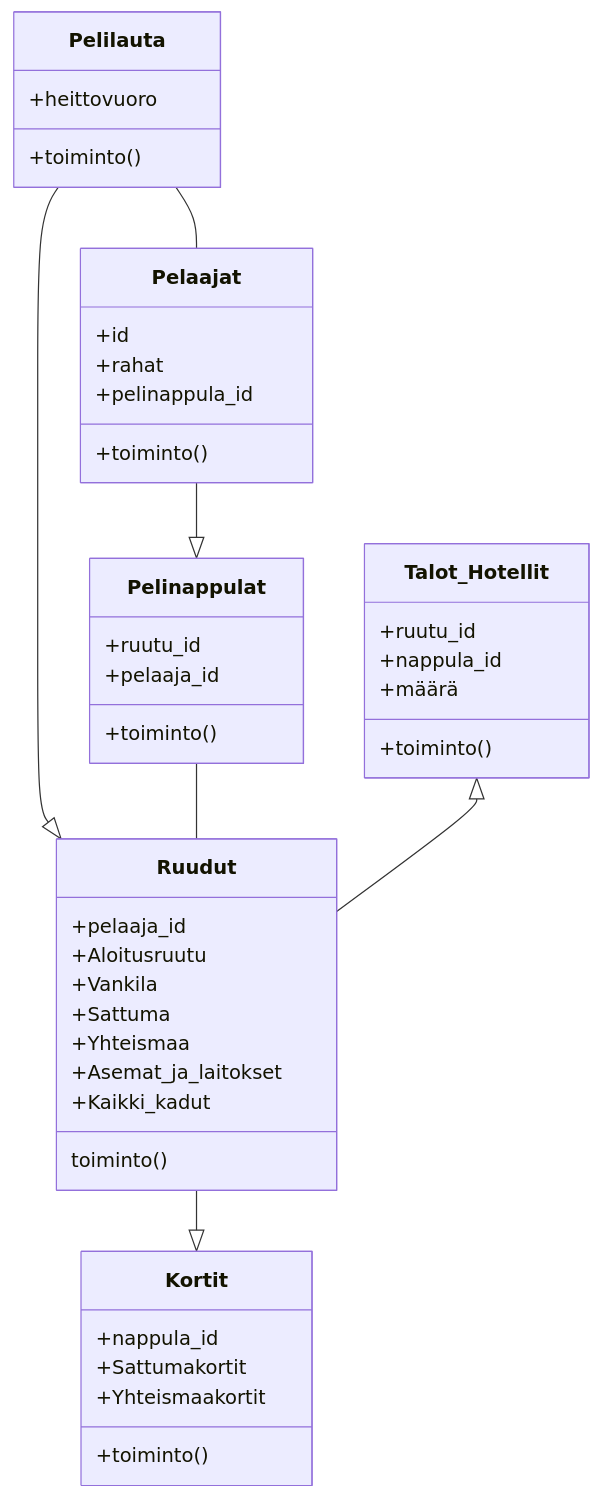
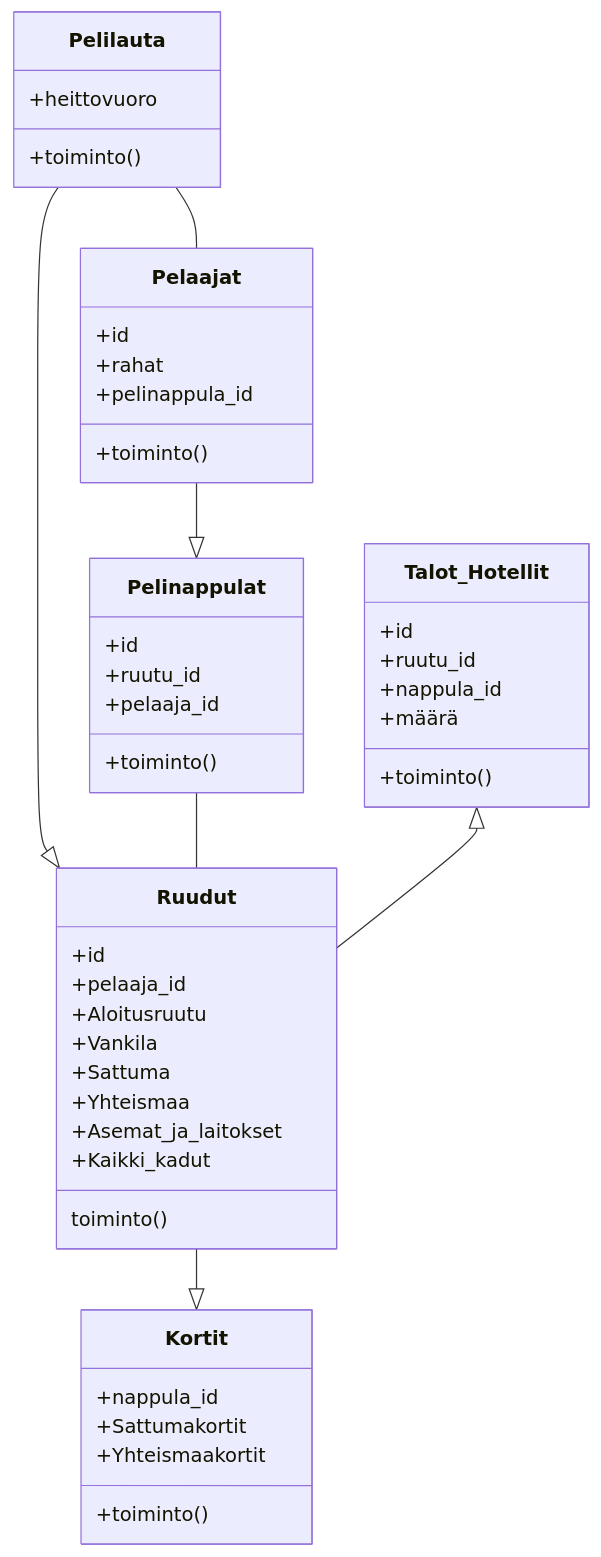
One commit to Mahlamaki/ot-harjoitustyo changed the diagram in laskarit/viikko3/tehtävä2.md. Above: the diagram before and after it, drawn with Mermaid.

````diff
--- a/laskarit/viikko3/tehtävä2.md
+++ b/laskarit/viikko3/tehtävä2.md
@@ -1,45 +1,48 @@
 ```mermaid
 classDiagram
 Pelilauta --|> Ruudut
 Pelilauta -- Pelaajat
 Pelinappulat -- Ruudut
 Pelaajat --|>  Pelinappulat
 Ruudut --|> Kortit
 Talot_Hotellit <|-- Ruudut
 Pelilauta : +heittovuoro
 Pelilauta : +toiminto()
 class Ruudut {
++id
 +pelaaja_id
 +Aloitusruutu
 +Vankila
 +Sattuma
 +Yhteismaa
 +Asemat_ja_laitokset
 +Kaikki_kadut
 toiminto()
 }
 class Kortit {
 +nappula_id
 +Sattumakortit
 +Yhteismaakortit
 +toiminto()
 }
 class Pelinappulat {
++id
 +ruutu_id
 +pelaaja_id
 +toiminto()
 }
 class Pelaajat {
 +id
 +rahat
 +pelinappula_id
 +toiminto()
 }
 class Talot_Hotellit {
++id
 +ruutu_id
 +nappula_id
 +määrä
 +toiminto()
 }
 
 ```
````
